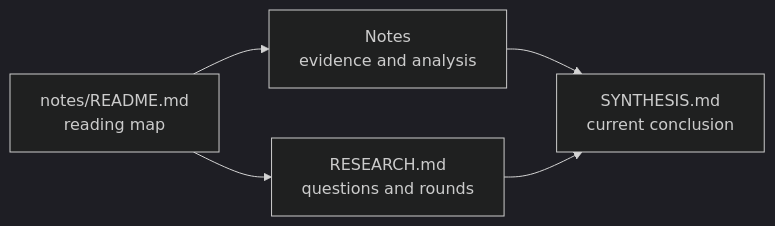
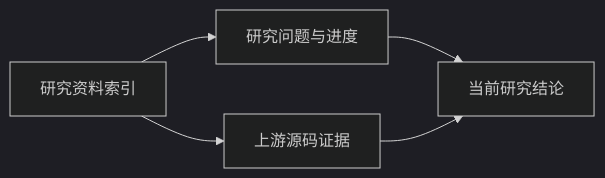
One commit to datafoxlabs/datafox-java-agent changed the diagram in docs/research/active/r-001_opentelemetry-javaagent-upstream/notes/README.md. Above: the diagram before and after it, drawn with Mermaid (dark theme). The commit also changed other lines of this file, not shown here.

Commit message:
docs(research): translate upstream evidence and navigation to Chinese

````diff
--- a/docs/research/active/r-001_opentelemetry-javaagent-upstream/notes/README.md
+++ b/docs/research/active/r-001_opentelemetry-javaagent-upstream/notes/README.md
@@ -7,7 +5,7 @@
 ```mermaid
 flowchart LR
-    Index["notes/README.md<br/>reading map"] --> Research["RESEARCH.md<br/>questions and rounds"]
-    Index --> Notes["Notes<br/>evidence and analysis"]
-    Notes --> Synthesis["SYNTHESIS.md<br/>current conclusion"]
-    Research --> Synthesis
+    A["研究资料索引"] --> B["研究问题与进度"]
+    A --> C["上游源码证据"]
+    B --> D["当前研究结论"]
+    C --> D
 ```
````
